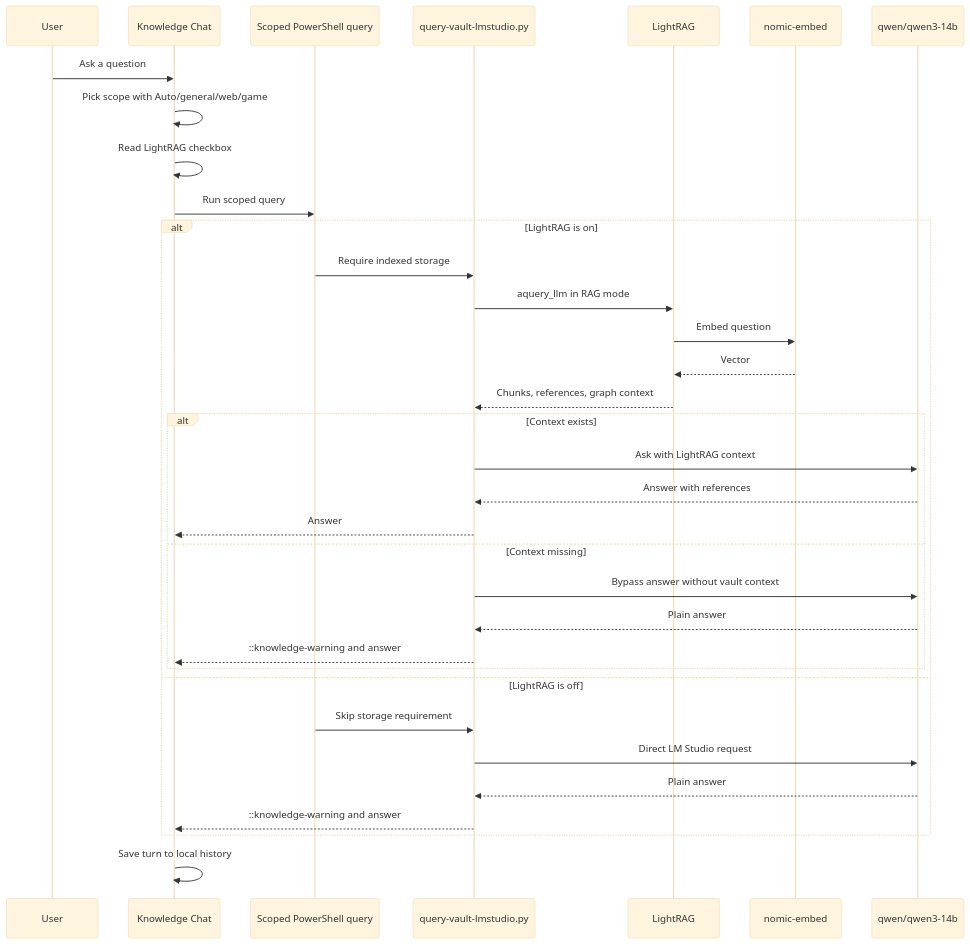
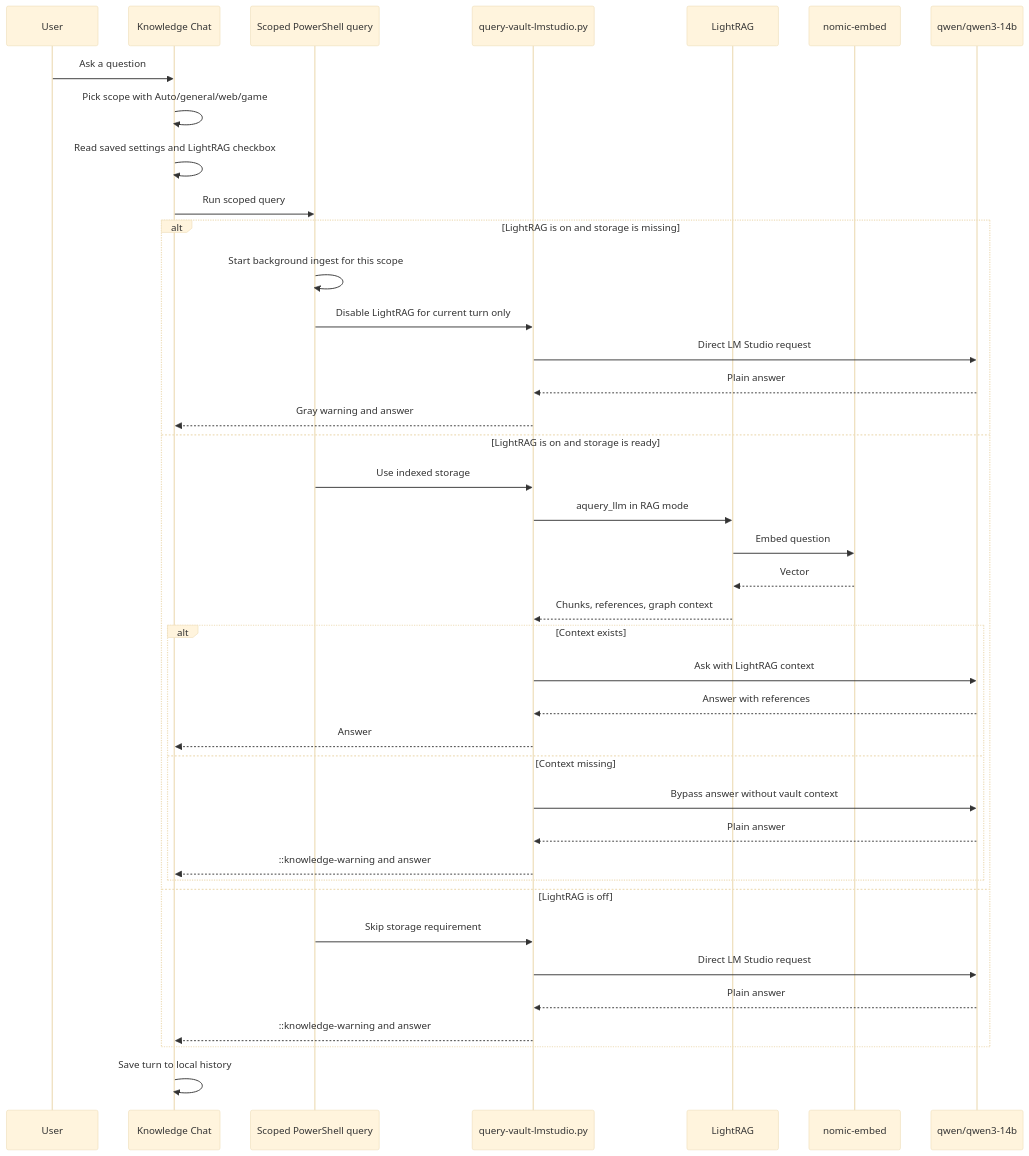
Before and after one commit to VxHxS/KnowledgeLab: the second of 3 diagrams in ARCHITECTURE.md, drawn with Mermaid (base theme). The commit also changed other lines of this file and 17 other files, not shown here.

````diff
--- a/ARCHITECTURE.md
+++ b/ARCHITECTURE.md
@@ -88,37 +105,43 @@
 ```mermaid
 sequenceDiagram
     participant U as User
     participant GUI as Knowledge Chat
     participant PS as Scoped PowerShell query
     participant Q as query-vault-lmstudio.py
     participant R as LightRAG
     participant E as nomic-embed
     participant L as qwen/qwen3-14b
 
     U->>GUI: Ask a question
     GUI->>GUI: Pick scope with Auto/general/web/game
-    GUI->>GUI: Read LightRAG checkbox
+    GUI->>GUI: Read saved settings and LightRAG checkbox
     GUI->>PS: Run scoped query
-    alt LightRAG is on
-        PS->>Q: Require indexed storage
+    alt LightRAG is on and storage is missing
+        PS->>PS: Start background ingest for this scope
+        PS->>Q: Disable LightRAG for current turn only
+        Q->>L: Direct LM Studio request
+        L-->>Q: Plain answer
+        Q-->>GUI: Gray warning and answer
+    else LightRAG is on and storage is ready
+        PS->>Q: Use indexed storage
         Q->>R: aquery_llm in RAG mode
         R->>E: Embed question
         E-->>R: Vector
         R-->>Q: Chunks, references, graph context
         alt Context exists
             Q->>L: Ask with LightRAG context
             L-->>Q: Answer with references
             Q-->>GUI: Answer
         else Context missing
             Q->>L: Bypass answer without vault context
             L-->>Q: Plain answer
             Q-->>GUI: ::knowledge-warning and answer
         end
     else LightRAG is off
         PS->>Q: Skip storage requirement
         Q->>L: Direct LM Studio request
         L-->>Q: Plain answer
         Q-->>GUI: ::knowledge-warning and answer
     end
     GUI->>GUI: Save turn to local history
 ```
````
